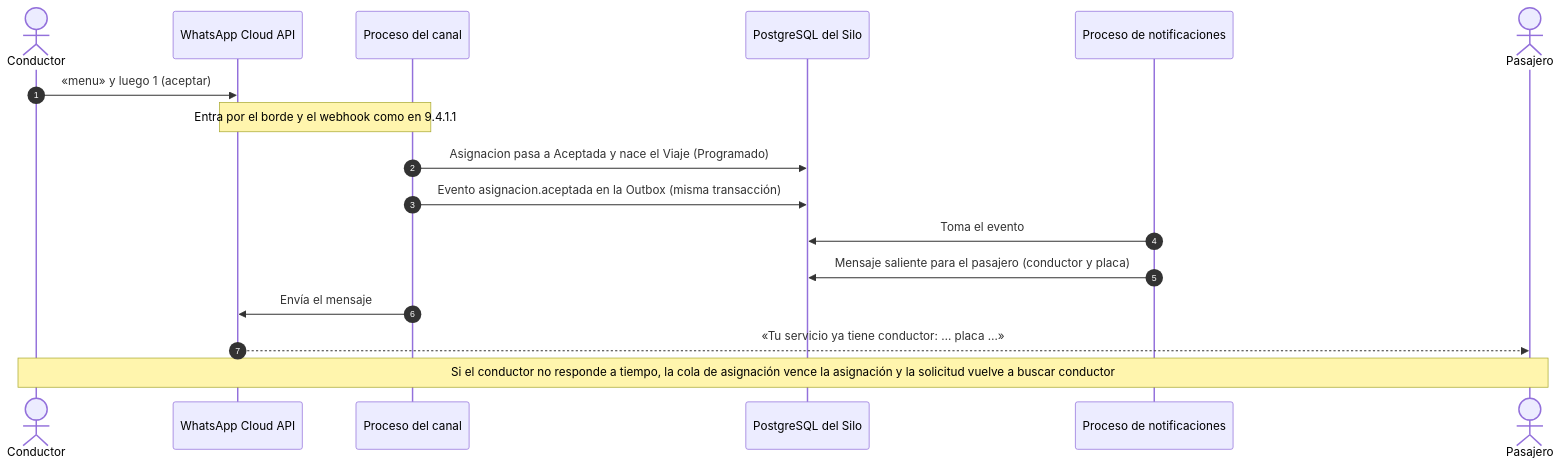
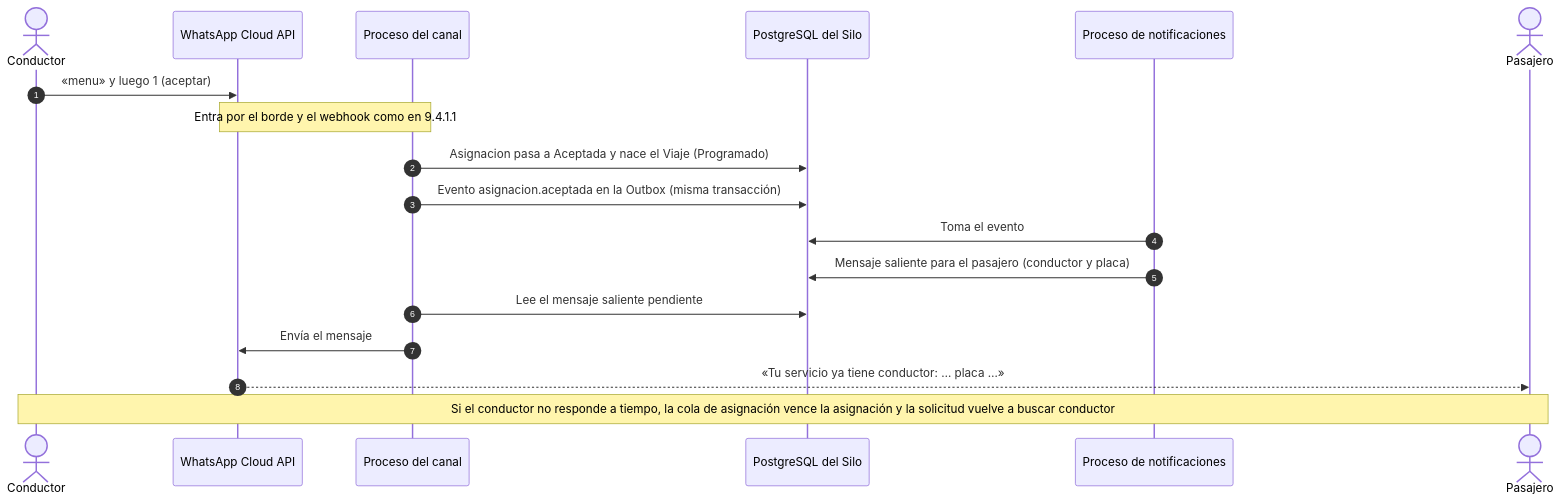
One commit to jhonnyebc/FlowRide changed the fourth of 8 diagrams in docs/DAS.md. Above: the diagram before and after it, drawn with Mermaid. The commit also changed other lines of this file and 11 other files, not shown here.

First line of the commit message:
docs: modelo entidad-relación real y diagramas del DAS revisados

````diff
--- a/docs/DAS.md
+++ b/docs/DAS.md
@@ -1642,20 +1639,21 @@
 ```mermaid
 sequenceDiagram
     autonumber
     actor C as Conductor
     participant M as WhatsApp Cloud API
     participant WC as Proceso del canal
     participant DB as PostgreSQL del Silo
     participant WN as Proceso de notificaciones
     actor P as Pasajero
 
     C->>M: «menu» y luego 1 (aceptar)
     Note over M,WC: Entra por el borde y el webhook como en 9.4.1.1
     WC->>DB: Asignacion pasa a Aceptada y nace el Viaje (Programado)
     WC->>DB: Evento asignacion.aceptada en la Outbox (misma transacción)
     WN->>DB: Toma el evento
     WN->>DB: Mensaje saliente para el pasajero (conductor y placa)
+    WC->>DB: Lee el mensaje saliente pendiente
     WC->>M: Envía el mensaje
     M-->>P: «Tu servicio ya tiene conductor: … placa …»
     Note over C,P: Si el conductor no responde a tiempo, la cola de asignación vence la asignación y la solicitud vuelve a buscar conductor
 ```
````
